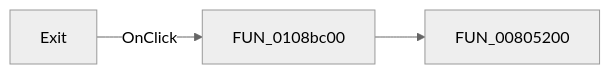
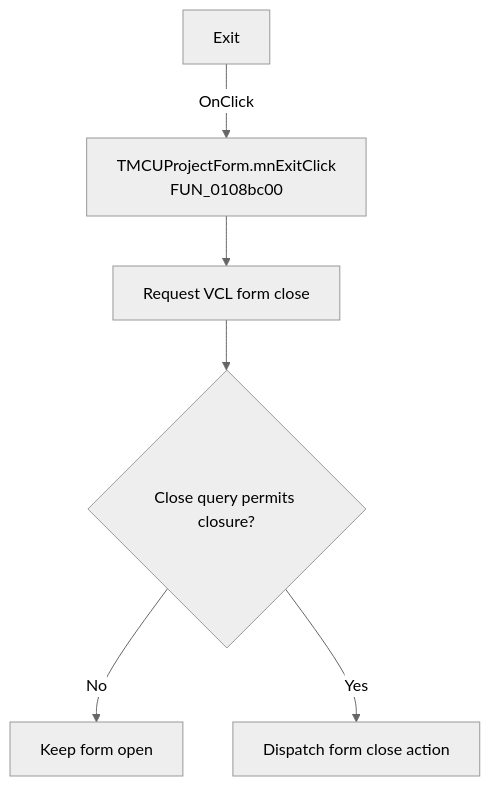
The diagram in docs/ui-controls/mcuprojectform/mnexit-5cb44c1a12.md (MovGP0/TIARA), drawn with Mermaid (neutral theme) before and after one commit. The commit also changed other lines of this file and 1062 other files, not shown here.

````diff
--- a/docs/ui-controls/mcuprojectform/mnexit-5cb44c1a12.md
+++ b/docs/ui-controls/mcuprojectform/mnexit-5cb44c1a12.md
@@ -27,5 +27,8 @@
 ```mermaid
-flowchart LR
-    control["Exit"] -->|OnClick| handler["FUN_0108bc00"]
-    handler --> call1["FUN_00805200"]
+flowchart TD
+    control["Exit"] -->|OnClick| handler["TMCUProjectForm.mnExitClick<br/>FUN_0108bc00"]
+    handler --> close["Request VCL form close"]
+    close --> query{"Close query permits closure?"}
+    query -->|No| noOp["Keep form open"]
+    query -->|Yes| action["Dispatch form close action"]
 ```
````
